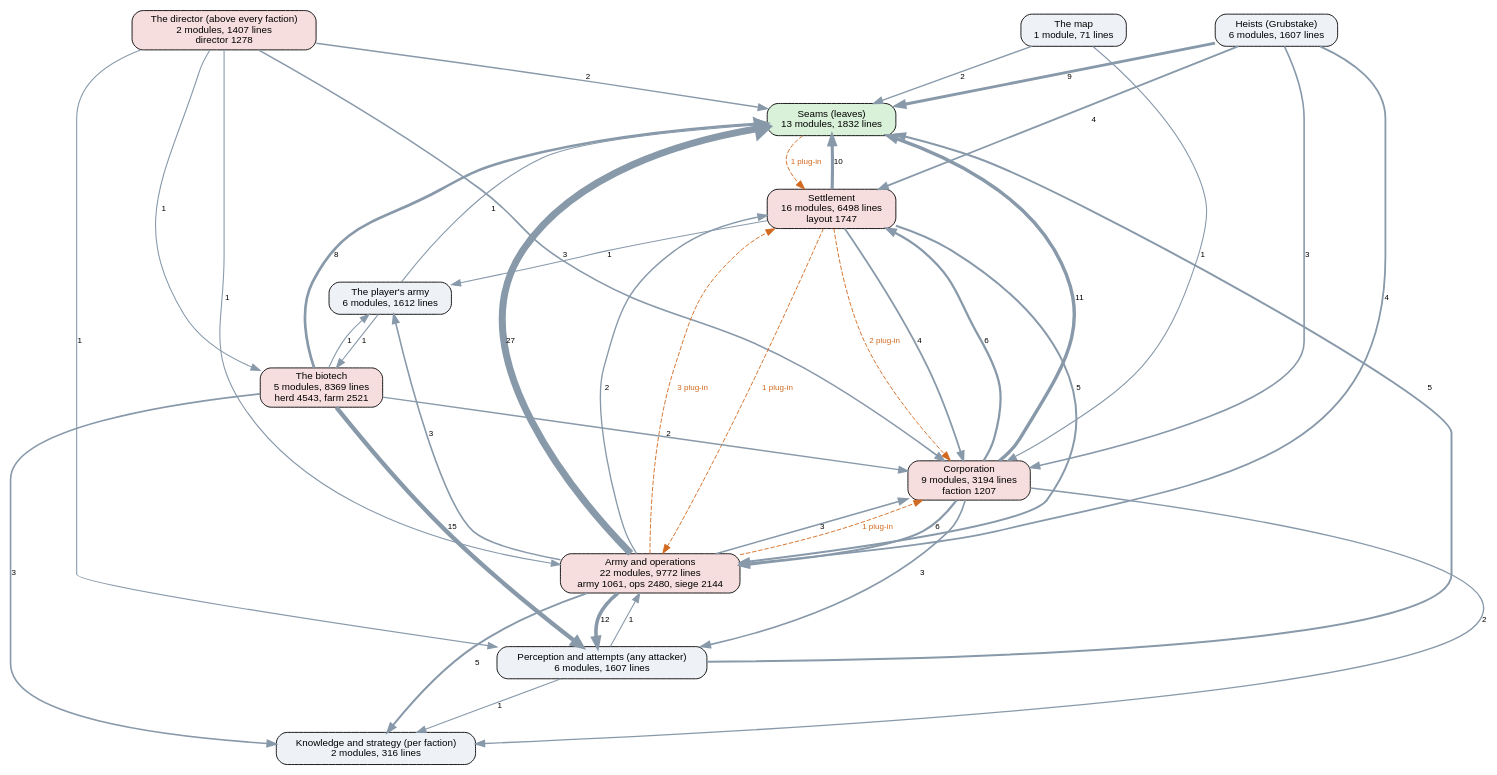
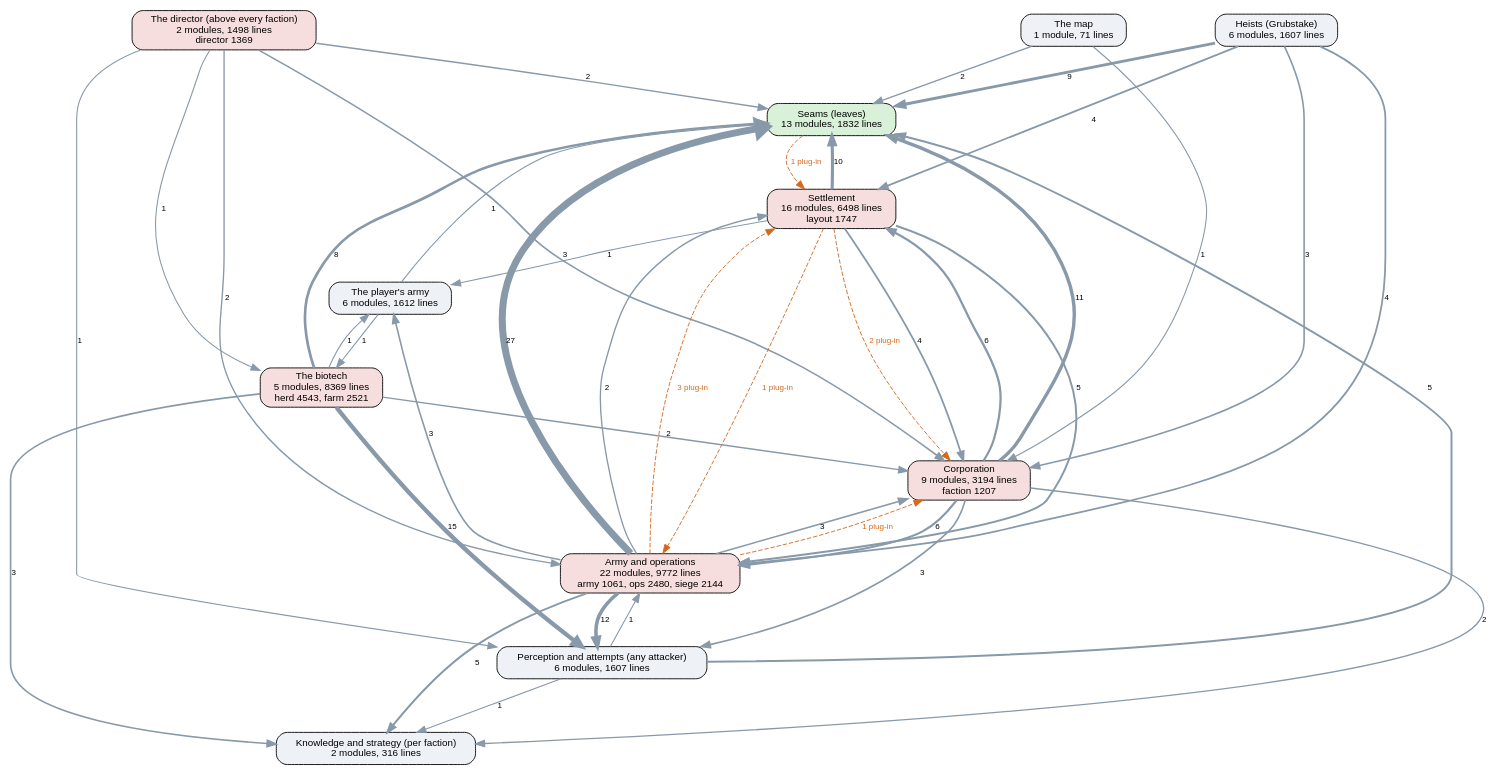
One commit to kinelhu/landing-party changed the diagram in docs/ai-layers.dot. Above: the diagram before and after it, drawn with Graphviz. The commit also changed 13 other files, not shown here.

First line of the commit message:
The launch jammer: a director beat, a Kessler-Hayashi camp near the player's rocket silo raises a mast that holds the silos in its reach 30 s of every 90 for 20 minutes, free at once when it is destroyed; tagged, no message. Panel button; scenario director jammer, seen failing out of reach

```diff
--- a/docs/ai-layers.dot
+++ b/docs/ai-layers.dot
@@ -1,57 +1,57 @@
 digraph layers {
   graph [rankdir=TB, fontname="Helvetica", nodesep=0.5, ranksep=0.7];
   node [shape=box, style="rounded,filled", fontname="Helvetica", fontsize=11, fillcolor="#eef2f7"];
   edge [color="#8899aa", fontname="Helvetica", fontsize=9];
   "Seams (leaves)" [label="Seams (leaves)\n13 modules, 1832 lines", fillcolor="#d9f0d9"];
   "Perception and attempts (any attacker)" [label="Perception and attempts (any attacker)\n6 modules, 1607 lines", fillcolor="#eef2f7"];
   "Knowledge and strategy (per faction)" [label="Knowledge and strategy (per faction)\n2 modules, 316 lines", fillcolor="#eef2f7"];
-  "The director (above every faction)" [label="The director (above every faction)\n2 modules, 1407 lines\ndirector 1278", fillcolor="#f7dede"];
+  "The director (above every faction)" [label="The director (above every faction)\n2 modules, 1498 lines\ndirector 1369", fillcolor="#f7dede"];
   "Corporation" [label="Corporation\n9 modules, 3194 lines\nfaction 1207", fillcolor="#f7dede"];
   "Settlement" [label="Settlement\n16 modules, 6498 lines\nlayout 1747", fillcolor="#f7dede"];
   "Army and operations" [label="Army and operations\n22 modules, 9772 lines\narmy 1061, ops 2480, siege 2144", fillcolor="#f7dede"];
   "Heists (Grubstake)" [label="Heists (Grubstake)\n6 modules, 1607 lines", fillcolor="#eef2f7"];
   "The biotech" [label="The biotech\n5 modules, 8369 lines\nherd 4543, farm 2521", fillcolor="#f7dede"];
   "The map" [label="The map\n1 module, 71 lines", fillcolor="#eef2f7"];
   "The player's army" [label="The player's army\n6 modules, 1612 lines", fillcolor="#eef2f7"];
   "Army and operations" -> "Corporation" [label="3", penwidth=1.8];
   "Army and operations" -> "Knowledge and strategy (per faction)" [label="5", penwidth=2.2];
   "Army and operations" -> "Perception and attempts (any attacker)" [label="12", penwidth=4.0];
   "Army and operations" -> "Seams (leaves)" [label="27", penwidth=7.8];
   "Army and operations" -> "Settlement" [label="2", penwidth=1.5];
   "Army and operations" -> "The player's army" [label="3", penwidth=1.8];
   "Corporation" -> "Army and operations" [label="6", penwidth=2.5];
   "Corporation" -> "Knowledge and strategy (per faction)" [label="2", penwidth=1.5];
   "Corporation" -> "Perception and attempts (any attacker)" [label="3", penwidth=1.8];
   "Corporation" -> "Seams (leaves)" [label="11", penwidth=3.8];
   "Corporation" -> "Settlement" [label="6", penwidth=2.5];
   "Heists (Grubstake)" -> "Army and operations" [label="4", penwidth=2.0];
   "Heists (Grubstake)" -> "Corporation" [label="3", penwidth=1.8];
   "Heists (Grubstake)" -> "Seams (leaves)" [label="9", penwidth=3.2];
   "Heists (Grubstake)" -> "Settlement" [label="4", penwidth=2.0];
   "Perception and attempts (any attacker)" -> "Army and operations" [label="1", penwidth=1.2];
   "Perception and attempts (any attacker)" -> "Knowledge and strategy (per faction)" [label="1", penwidth=1.2];
   "Perception and attempts (any attacker)" -> "Seams (leaves)" [label="5", penwidth=2.2];
   "Settlement" -> "Army and operations" [label="5", penwidth=2.2];
   "Settlement" -> "Corporation" [label="4", penwidth=2.0];
   "Settlement" -> "Seams (leaves)" [label="10", penwidth=3.5];
   "Settlement" -> "The player's army" [label="1", penwidth=1.2];
   "The biotech" -> "Corporation" [label="2", penwidth=1.5];
   "The biotech" -> "Knowledge and strategy (per faction)" [label="3", penwidth=1.8];
   "The biotech" -> "Perception and attempts (any attacker)" [label="15", penwidth=4.8];
   "The biotech" -> "Seams (leaves)" [label="8", penwidth=3.0];
   "The biotech" -> "The player's army" [label="1", penwidth=1.2];
-  "The director (above every faction)" -> "Army and operations" [label="1", penwidth=1.2];
+  "The director (above every faction)" -> "Army and operations" [label="2", penwidth=1.5];
   "The director (above every faction)" -> "Corporation" [label="3", penwidth=1.8];
   "The director (above every faction)" -> "Perception and attempts (any attacker)" [label="1", penwidth=1.2];
   "The director (above every faction)" -> "Seams (leaves)" [label="2", penwidth=1.5];
   "The director (above every faction)" -> "The biotech" [label="1", penwidth=1.2];
   "The map" -> "Corporation" [label="1", penwidth=1.2];
   "The map" -> "Seams (leaves)" [label="2", penwidth=1.5];
   "The player's army" -> "Seams (leaves)" [label="1", penwidth=1.2];
   "The player's army" -> "The biotech" [label="1", penwidth=1.2];
   "Army and operations" -> "Corporation" [style=dashed, color="#d2691e", fontcolor="#d2691e", label="1 plug-in"];
   "Army and operations" -> "Settlement" [style=dashed, color="#d2691e", fontcolor="#d2691e", label="3 plug-in"];
   "Seams (leaves)" -> "Settlement" [style=dashed, color="#d2691e", fontcolor="#d2691e", label="1 plug-in"];
   "Settlement" -> "Army and operations" [style=dashed, color="#d2691e", fontcolor="#d2691e", label="1 plug-in"];
   "Settlement" -> "Corporation" [style=dashed, color="#d2691e", fontcolor="#d2691e", label="2 plug-in"];
 }
```
